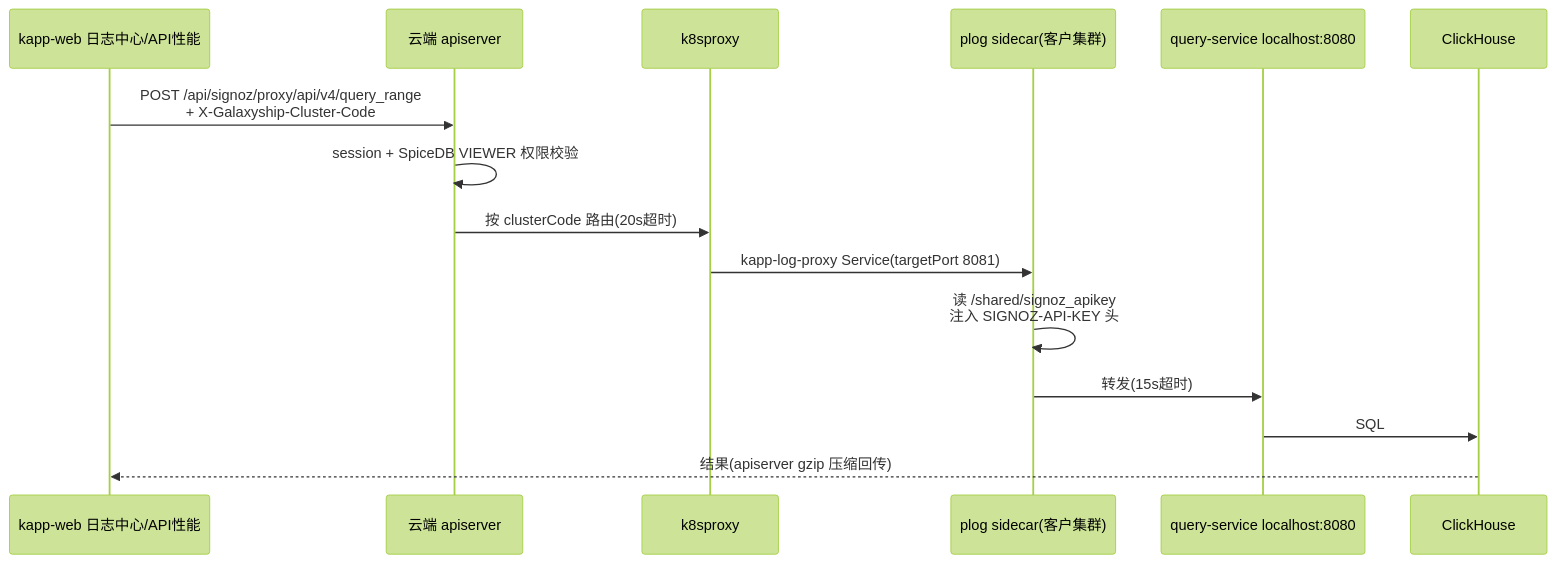
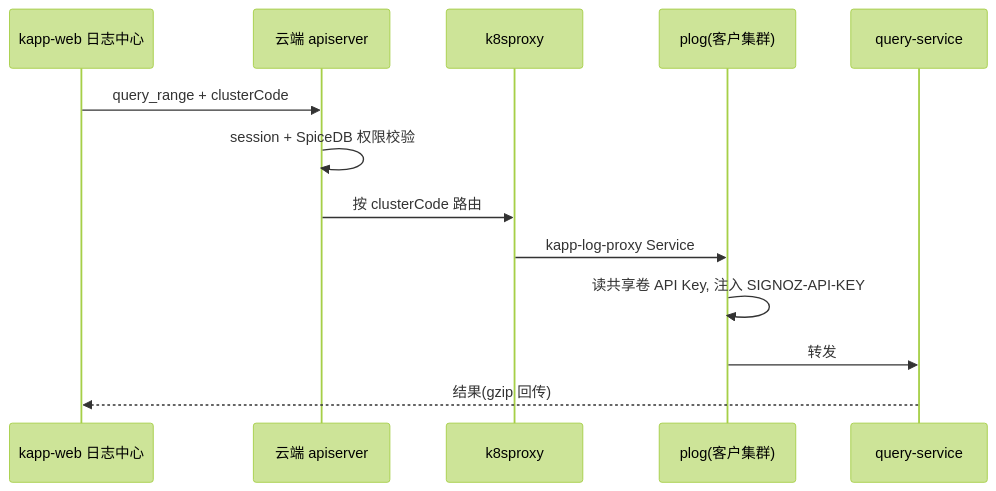
Before and after one commit to songli0103/notes: the fifth of 5 diagrams in 10-云原生/02-平台组件/04-SigNoz/signoz项目实战.md, drawn with Mermaid (forest theme). The commit also changed other lines of this file and 6 other files, not shown here.

````diff
--- a/10-云原生/02-平台组件/04-SigNoz/signoz项目实战.md
+++ b/10-云原生/02-平台组件/04-SigNoz/signoz项目实战.md
@@ -142,17 +141,15 @@
 ```mermaid
 sequenceDiagram
-    participant W as kapp-web 日志中心/API性能
+    participant W as kapp-web 日志中心
     participant A as 云端 apiserver
     participant K as k8sproxy
-    participant P as plog sidecar(客户集群)
-    participant Q as query-service localhost:8080
-    participant C as ClickHouse
-    W->>A: POST /api/signoz/proxy/api/v4/query_range<br/>+ X-Galaxyship-Cluster-Code
-    A->>A: session + SpiceDB VIEWER 权限校验
-    A->>K: 按 clusterCode 路由(20s超时)
-    K->>P: kapp-log-proxy Service(targetPort 8081)
-    P->>P: 读 /shared/signoz_apikey<br/>注入 SIGNOZ-API-KEY 头
-    P->>Q: 转发(15s超时)
-    Q->>C: SQL
-    C-->>W: 结果(apiserver gzip 压缩回传)
+    participant P as plog(客户集群)
+    participant Q as query-service
+    W->>A: query_range + clusterCode
+    A->>A: session + SpiceDB 权限校验
+    A->>K: 按 clusterCode 路由
+    K->>P: kapp-log-proxy Service
+    P->>P: 读共享卷 API Key, 注入 SIGNOZ-API-KEY
+    P->>Q: 转发
+    Q-->>W: 结果(gzip 回传)
 ```
````
